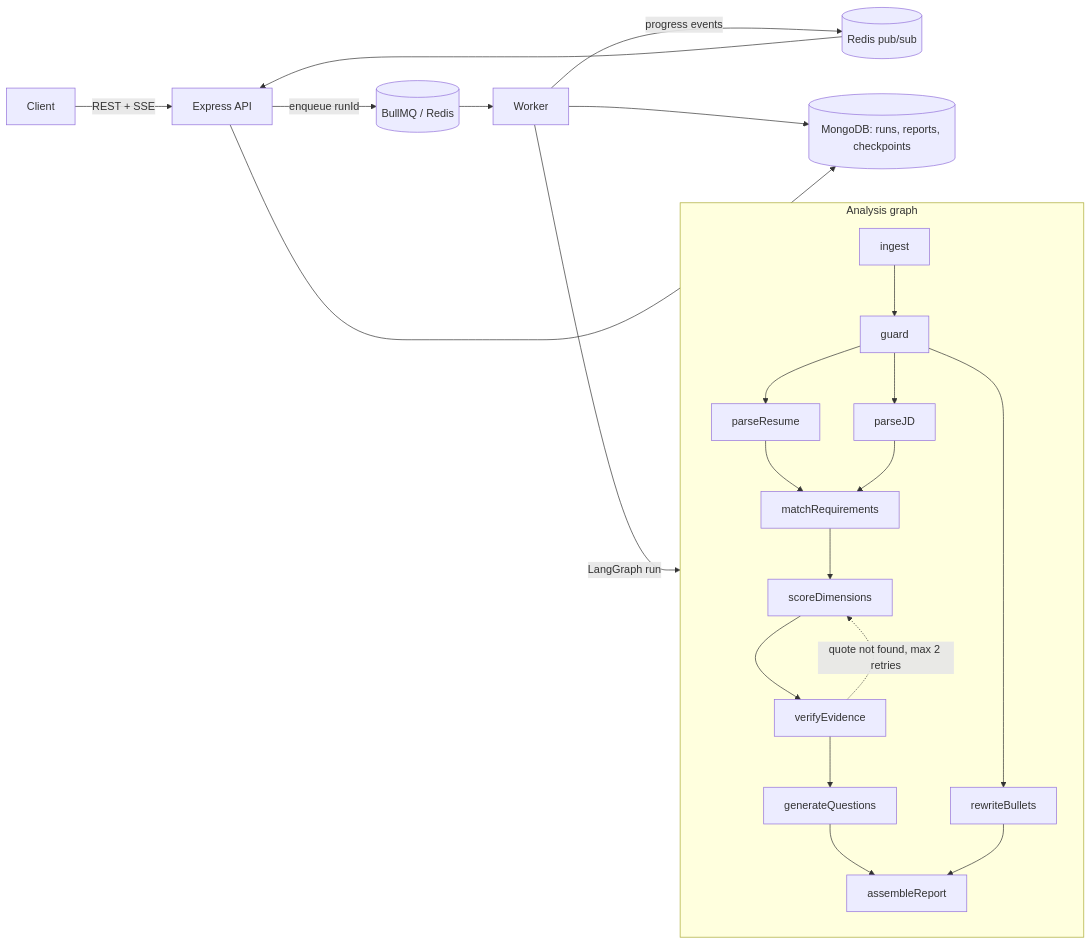
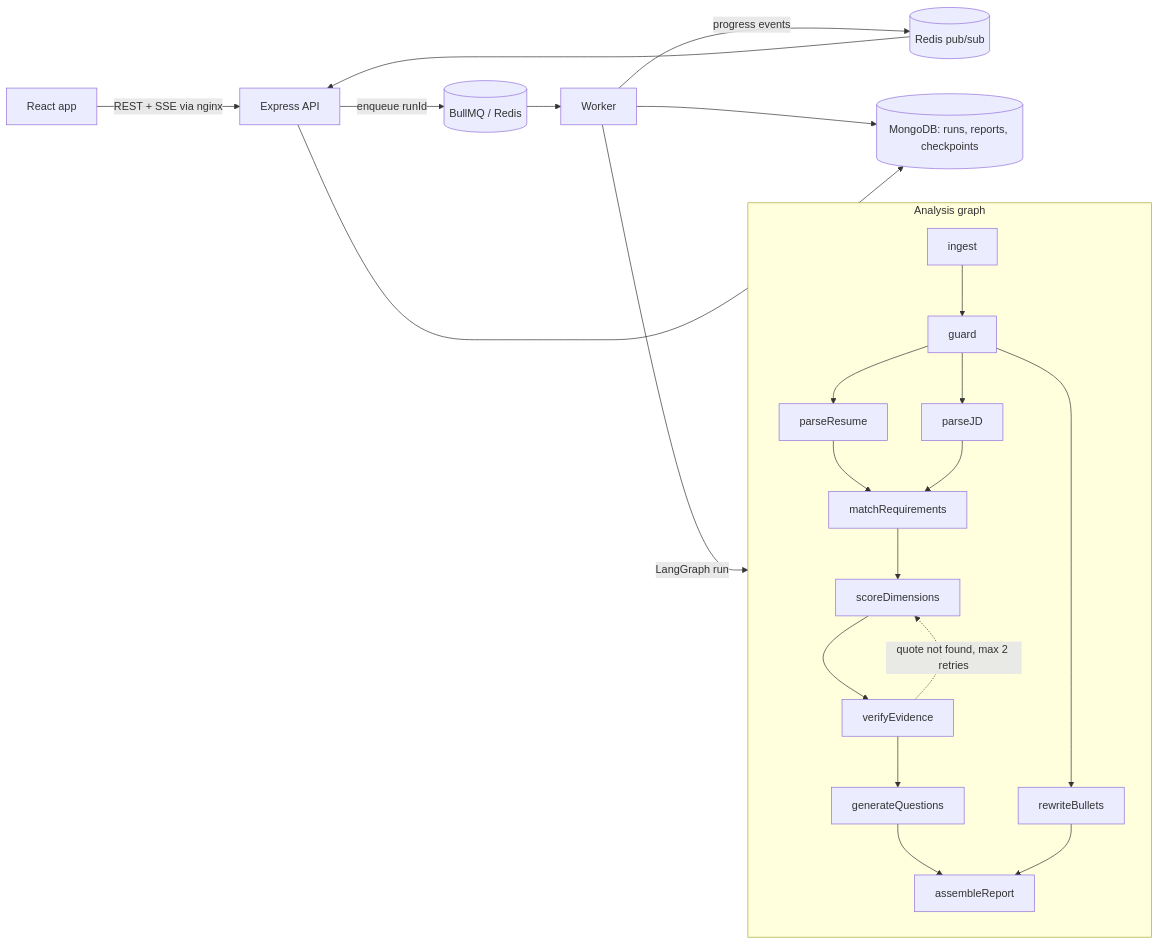
One commit to FRDesai/ResumeAnalysis changed the diagram in README.md. Above: the diagram before and after it, drawn with Mermaid. The commit also changed other lines of this file and 33 other files, not shown here.

````diff
--- a/README.md
+++ b/README.md
@@ -10,17 +9,17 @@
 ```mermaid
 flowchart LR
-  Client -->|REST + SSE| API[Express API]
+  Web[React app] -->|REST + SSE via nginx| API[Express API]
   API -->|enqueue runId| Q[(BullMQ / Redis)]
   Q --> W[Worker]
   W -->|LangGraph run| G
   W -->|progress events| PS[(Redis pub/sub)] --> API
   W --> M[(MongoDB: runs, reports, checkpoints)]
   API --> M
 
   subgraph G[Analysis graph]
     ingest --> guard --> parseResume & parseJD --> matchRequirements --> scoreDimensions --> verifyEvidence
     verifyEvidence -.->|quote not found, max 2 retries| scoreDimensions
     verifyEvidence --> generateQuestions --> assembleReport
     guard --> rewriteBullets --> assembleReport
   end
 ```
````
